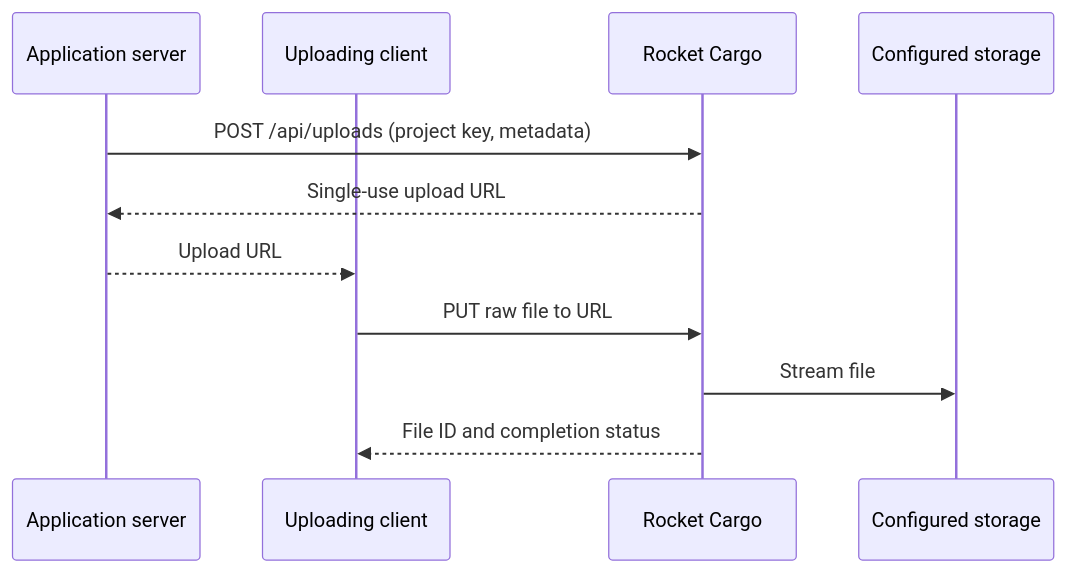
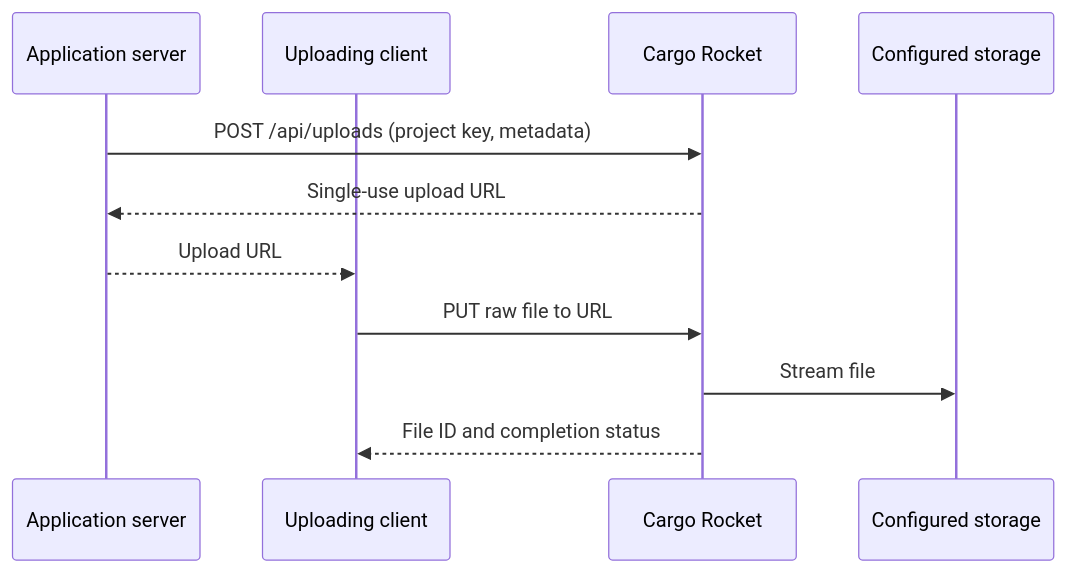
One commit to 1338/cargo-rocket changed the diagram in README.md. Above: the diagram before and after it, drawn with Mermaid. The commit also changed other lines of this file and 16 other files, not shown here.

Commit message:
chore: rename Rocket Cargo to Cargo Rocket

````diff
--- a/README.md
+++ b/README.md
@@ -15,13 +15,13 @@
 ```mermaid
 sequenceDiagram
     participant App as Application server
     participant Client as Uploading client
-    participant Cargo as Rocket Cargo
+    participant Cargo as Cargo Rocket
     participant Storage as Configured storage
     App->>Cargo: POST /api/uploads (project key, metadata)
     Cargo-->>App: Single-use upload URL
     App-->>Client: Upload URL
     Client->>Cargo: PUT raw file to URL
     Cargo->>Storage: Stream file
     Cargo-->>Client: File ID and completion status
 ```
````
